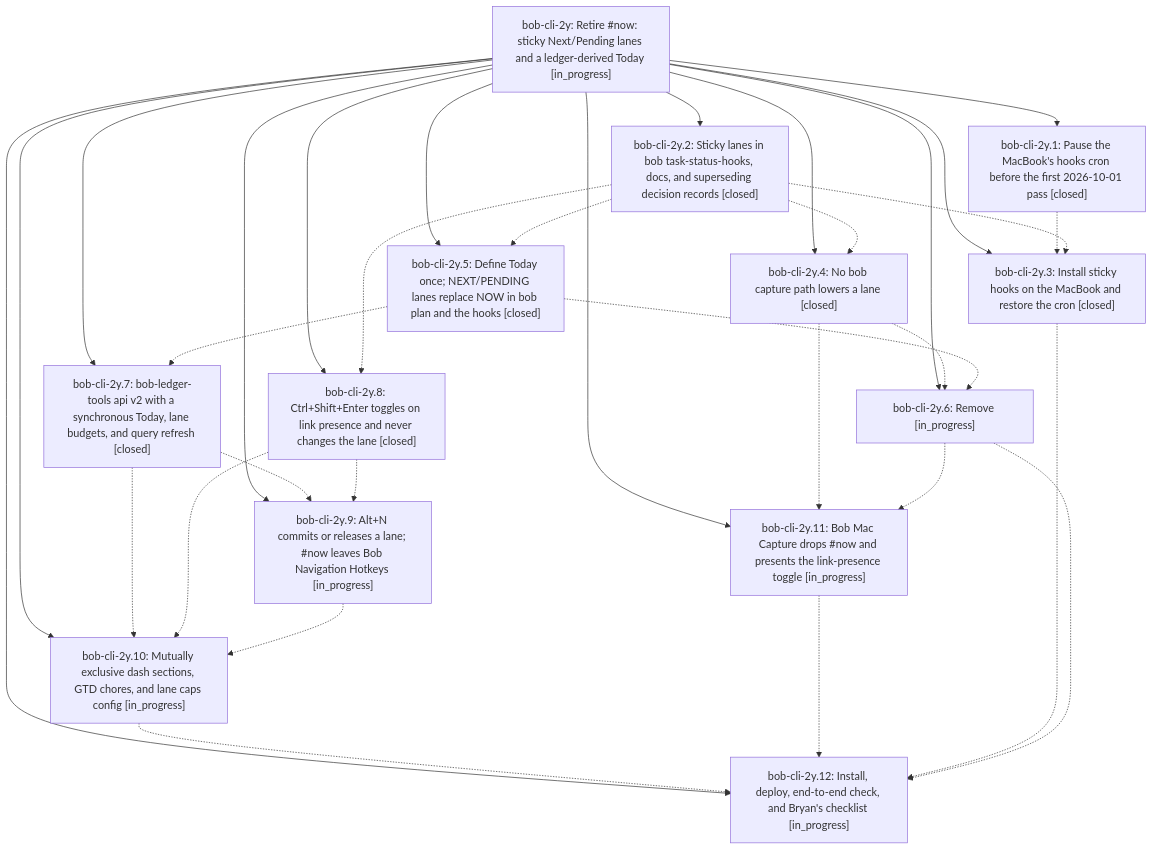
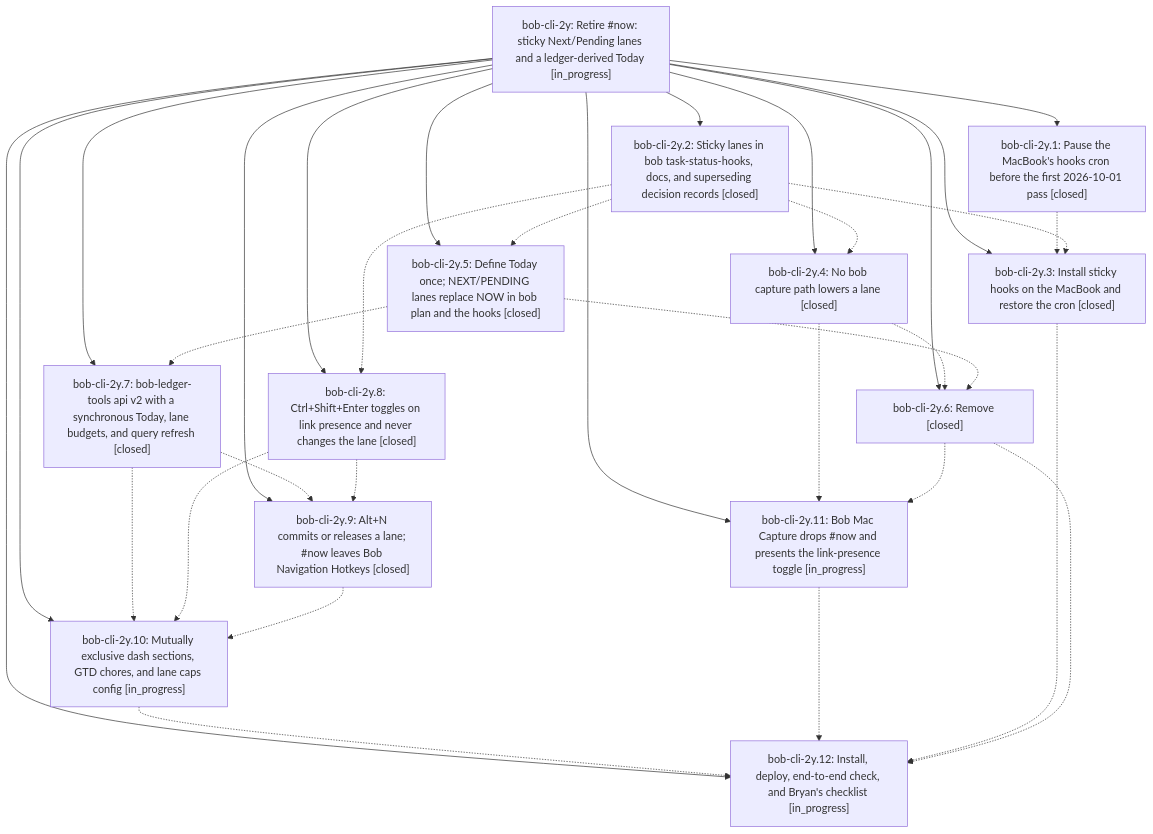
Before and after one commit to bobs-org/bob-cli--beads: the diagram in pages/bob-cli-2y/README.md, drawn with Mermaid. The commit also changed other lines of this file and 9 other files, not shown here.

First line of the commit message:
chore(beads): sync bead state and pages for bob-cli-2y

````diff
--- a/pages/bob-cli-2y/README.md
+++ b/pages/bob-cli-2y/README.md
@@ -33,47 +33,47 @@
 ```mermaid
 flowchart TD
     n0["bob-cli-2y: Retire #now: sticky Next/Pending lanes and a ledger-derived Today [in_progress]"]
     n1["bob-cli-2y.1: Pause the MacBook's hooks cron before the first 2026-10-01 pass [closed]"]
     n2["bob-cli-2y.10: Mutually exclusive dash sections, GTD chores, and lane caps config [in_progress]"]
     n3["bob-cli-2y.11: Bob Mac Capture drops #now and presents the link-presence toggle [in_progress]"]
     n4["bob-cli-2y.12: Install, deploy, end-to-end check, and Bryan's checklist [in_progress]"]
     n5["bob-cli-2y.2: Sticky lanes in bob task-status-hooks, docs, and superseding decision records [closed]"]
     n6["bob-cli-2y.3: Install sticky hooks on the MacBook and restore the cron [closed]"]
     n7["bob-cli-2y.4: No bob capture path lowers a lane [closed]"]
     n8["bob-cli-2y.5: Define Today once; NEXT/PENDING lanes replace NOW in bob plan and the hooks [closed]"]
-    n9["bob-cli-2y.6: Remove [in_progress]"]
+    n9["bob-cli-2y.6: Remove [closed]"]
     n10["bob-cli-2y.7: bob-ledger-tools api v2 with a synchronous Today, lane budgets, and query refresh [closed]"]
     n11["bob-cli-2y.8: Ctrl+Shift+Enter toggles on link presence and never changes the lane [closed]"]
-    n12["bob-cli-2y.9: Alt+N commits or releases a lane; #now leaves Bob Navigation Hotkeys [in_progress]"]
+    n12["bob-cli-2y.9: Alt+N commits or releases a lane; #now leaves Bob Navigation Hotkeys [closed]"]
     n0 --> n1
     n0 --> n2
     n0 --> n3
     n0 --> n4
     n0 --> n5
     n0 --> n6
     n0 --> n7
     n0 --> n8
     n0 --> n9
     n0 --> n10
     n0 --> n11
     n0 --> n12
     n1 -.-> n6
     n2 -.-> n4
     n3 -.-> n4
     n5 -.-> n6
     n5 -.-> n7
     n5 -.-> n8
     n5 -.-> n11
     n6 -.-> n4
     n7 -.-> n3
     n7 -.-> n9
     n8 -.-> n9
     n8 -.-> n10
     n9 -.-> n3
     n9 -.-> n4
     n10 -.-> n2
     n10 -.-> n12
     n11 -.-> n2
     n11 -.-> n12
     n12 -.-> n2
 ```
````
